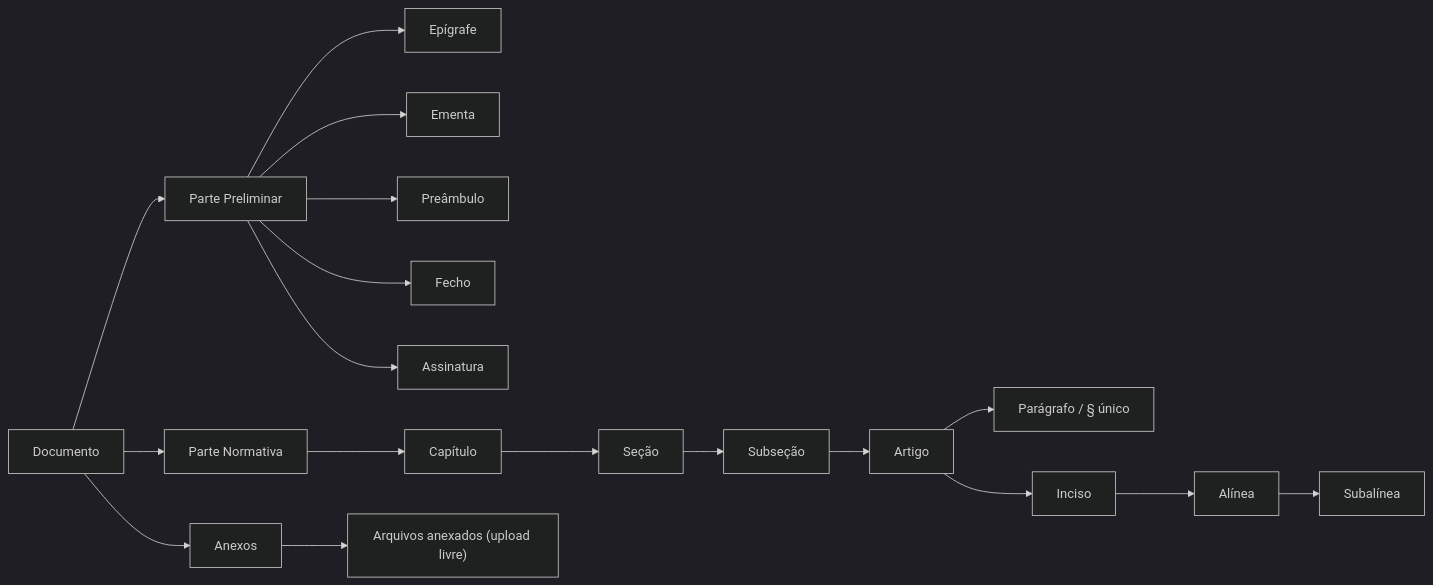
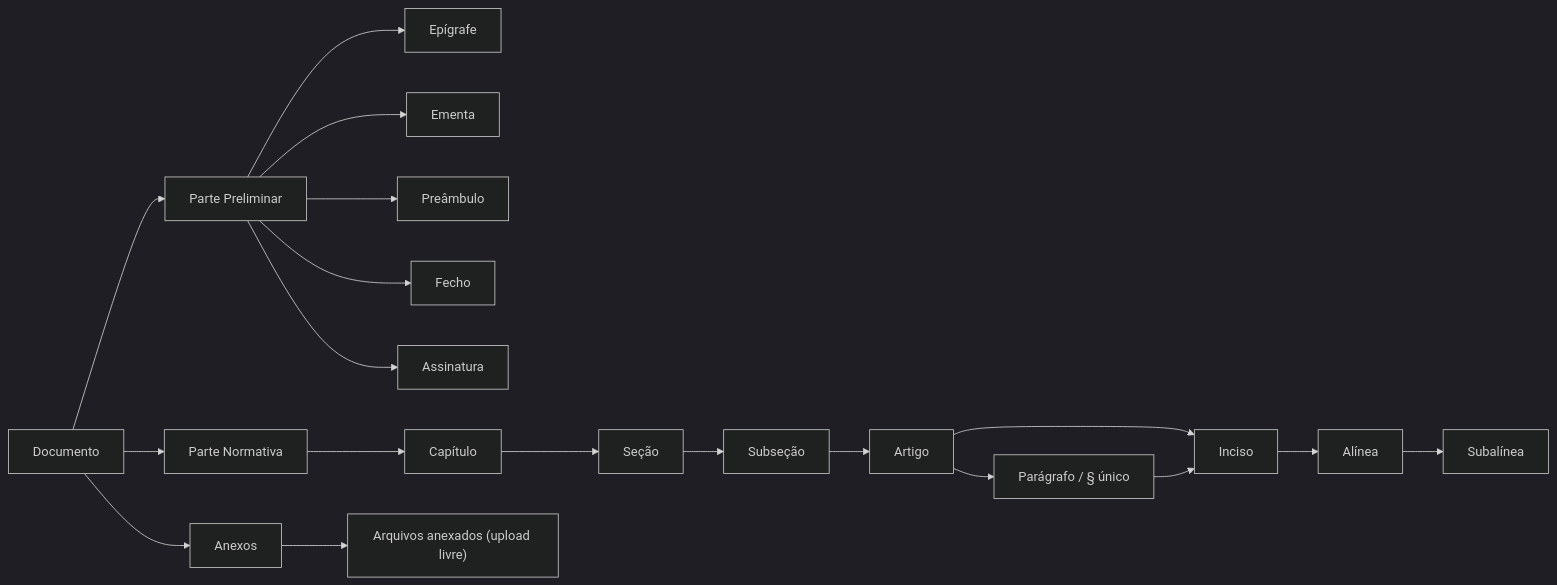
One commit to danielchipolesch/fab-legis changed the diagram in docs/dominio.md. Above: the diagram before and after it, drawn with Mermaid (dark theme).

Commit message:
docs: corrige diagrama do modelo de dominio, paragrafo tambem tem inciso
O diagrama so mostrava Artigo -> Inciso diretamente, mas Paragrafo e
Paragrafo unico tambem podem ter incisos filhos -- ja implementado no
editor (DocumentoEditorPage.vue) e no gerador de PDF
(DocumentoFoCorpoBuilder.renderArtigoFilhos/renderIncisoFilhos, com
numeracao romana propria). Diagrama so nao refletia isso.

````diff
--- a/docs/dominio.md
+++ b/docs/dominio.md
@@ -5,23 +5,24 @@
 ```mermaid
 graph LR
     D[Documento] --> PP[Parte Preliminar]
     D --> PN[Parte Normativa]
     D --> AN[Anexos]
 
     PP --> E1[Epígrafe]
     PP --> E2[Ementa]
     PP --> E3[Preâmbulo]
     PP --> E4[Fecho]
     PP --> E5[Assinatura]
 
     PN --> C[Capítulo]
     C --> S[Seção]
     S --> SS[Subseção]
     SS --> AR[Artigo]
     AR --> PA["Parágrafo / § único"]
     AR --> IN[Inciso]
+    PA --> IN
     IN --> AL[Alínea]
     AL --> SA[Subalínea]
 
     AN --> A1["Arquivos anexados (upload livre)"]
 ```
````
